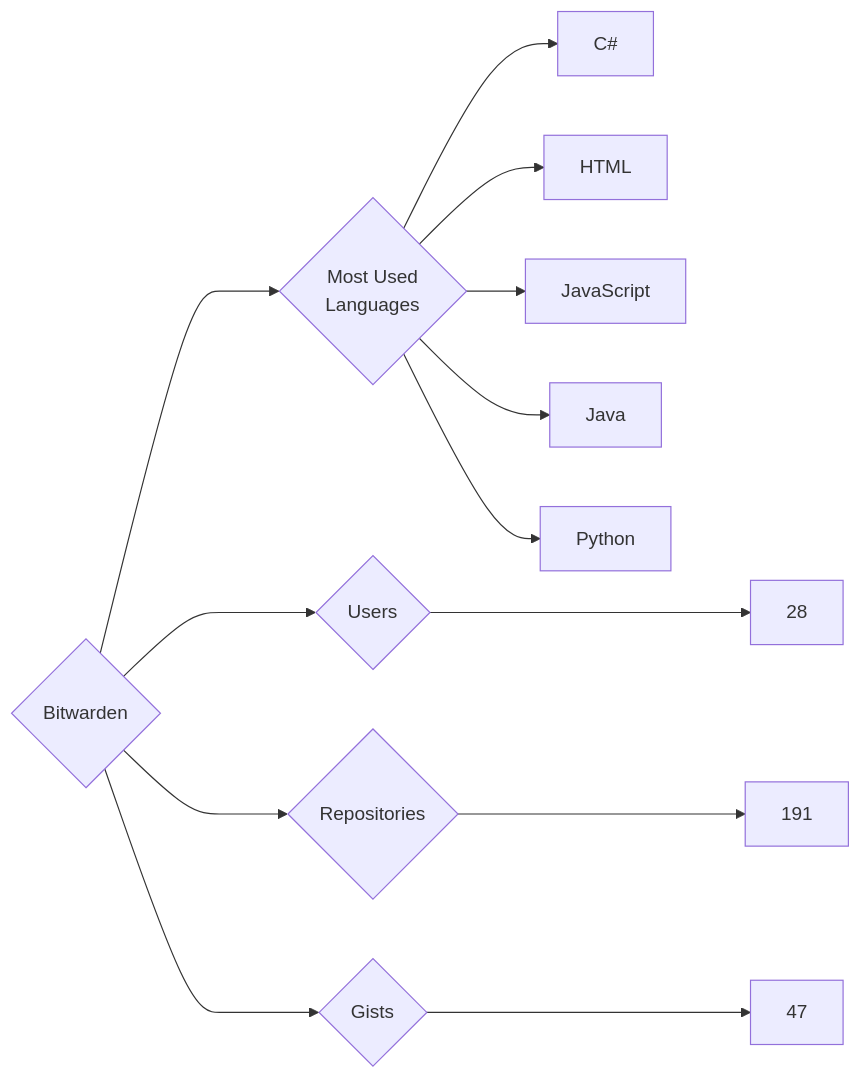
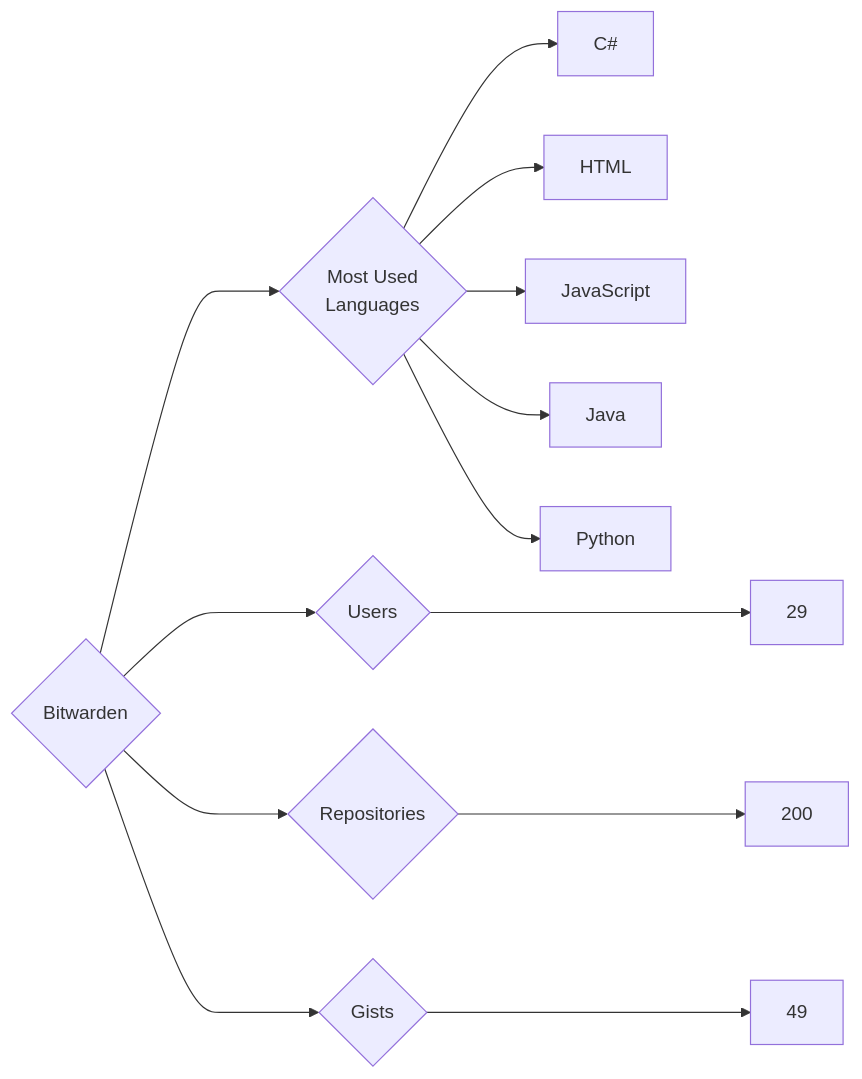
Before and after one commit to trickest/insiders: the diagram in targets/Bitwarden/README.md, drawn with Mermaid. The commit also changed 870 other files, not shown here.

````diff
--- a/targets/Bitwarden/README.md
+++ b/targets/Bitwarden/README.md
@@ -3,13 +3,13 @@
 ```mermaid
 graph LR
 COMPANY_NAME{Bitwarden}
-COMPANY_NAME ---> U{Users} ---> UN[28]
-COMPANY_NAME ---> R{Repositories} ---> RN[191]
-COMPANY_NAME ---> G{Gists} ---> GN[47]
+COMPANY_NAME ---> U{Users} ---> UN[29]
+COMPANY_NAME ---> R{Repositories} ---> RN[200]
+COMPANY_NAME ---> G{Gists} ---> GN[49]
 COMPANY_NAME ---> ML{Most Used<br>Languages}
 ML --> C#[C#]
 ML --> HTML[HTML]
 ML --> JavaScript[JavaScript]
 ML --> Java[Java]
 ML --> Python[Python]
 ```
````
